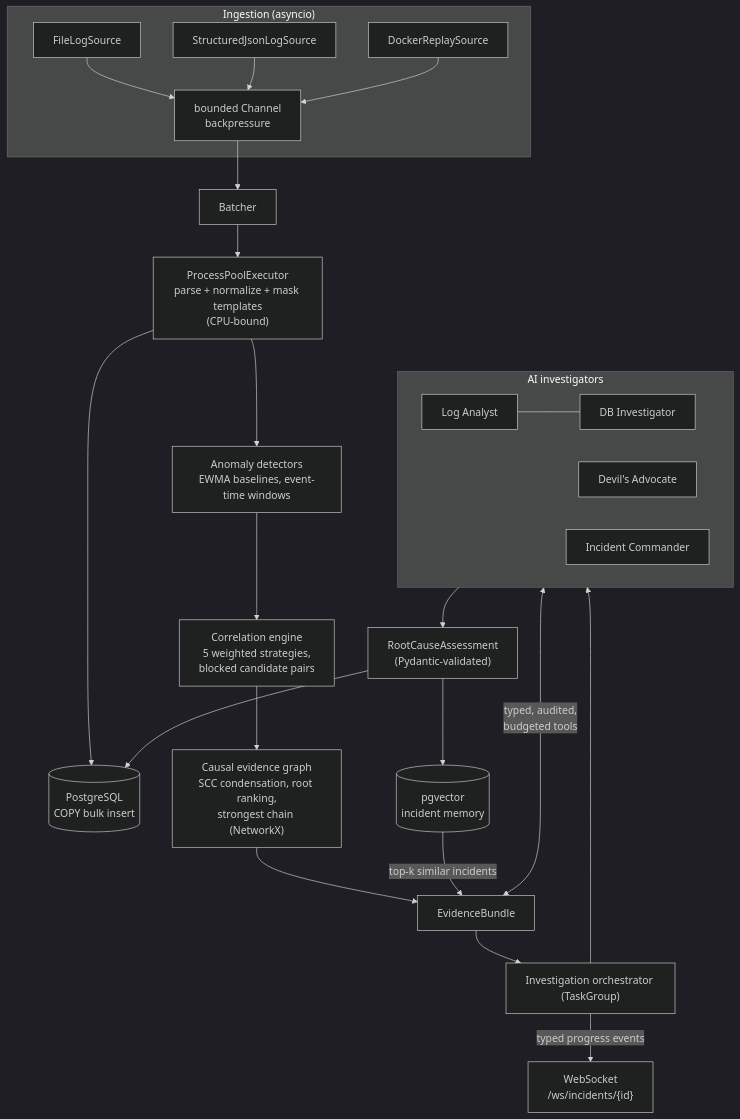
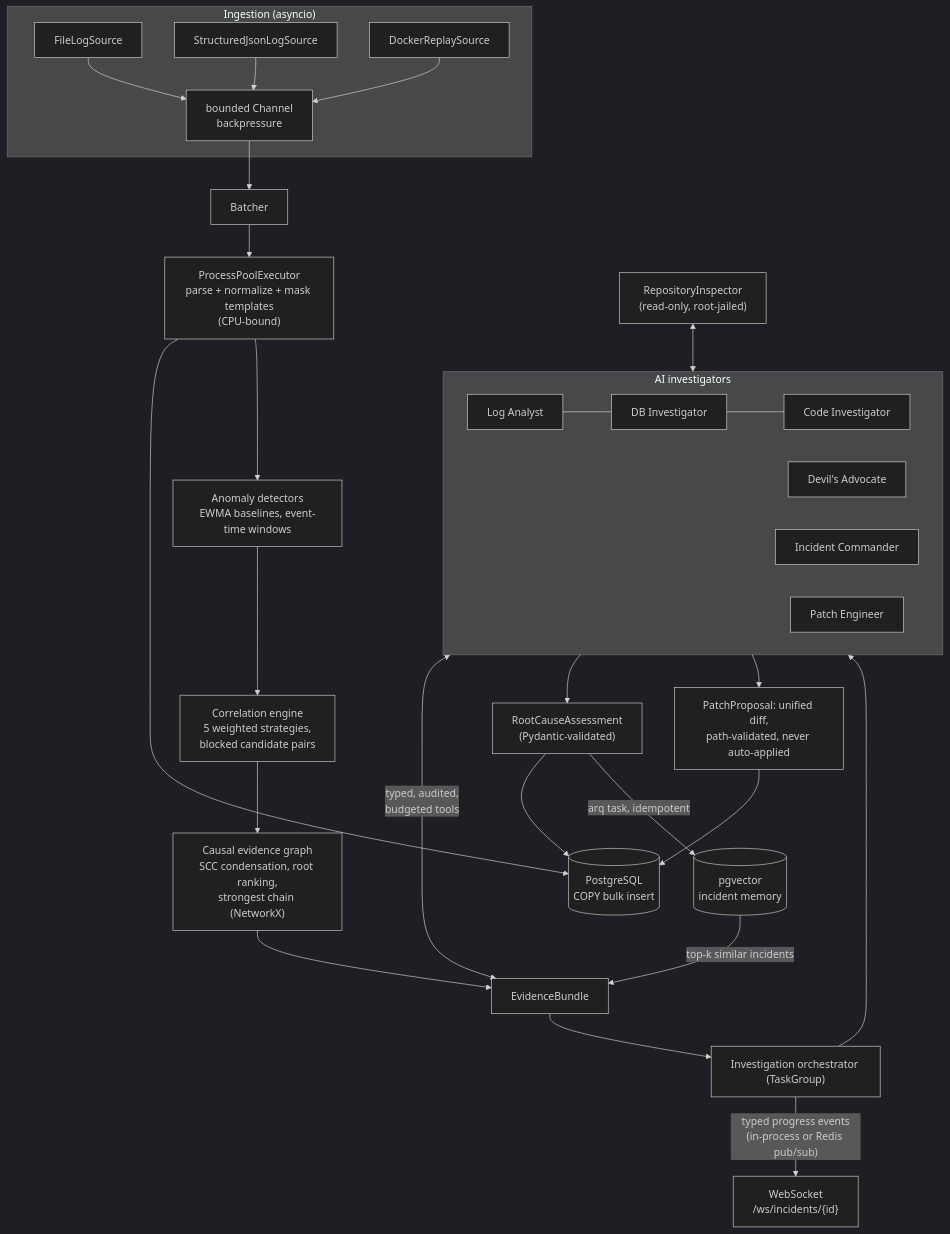
One commit to domcolelak/aegis-ai changed the diagram in README.md. Above: the diagram before and after it, drawn with Mermaid (dark theme). The commit also changed other lines of this file and 2 other files, not shown here.

First line of the commit message:
docs: README for phases 2-3, re-recorded demo ending with the patch proposal

````diff
--- a/README.md
+++ b/README.md
@@ -22,29 +22,33 @@
 ```mermaid
 flowchart TB
     subgraph ingest["Ingestion (asyncio)"]
         S1[FileLogSource] --> CH
         S2[StructuredJsonLogSource] --> CH
         S3[DockerReplaySource] --> CH
         CH[bounded Channel<br/>backpressure]
     end
     CH --> B[Batcher]
     B --> PP["ProcessPoolExecutor<br/>parse + normalize + mask templates<br/>(CPU-bound)"]
     PP --> PG[(PostgreSQL<br/>COPY bulk insert)]
     PP --> DET["Anomaly detectors<br/>EWMA baselines, event-time windows"]
     DET --> COR["Correlation engine<br/>5 weighted strategies,<br/>blocked candidate pairs"]
     COR --> G["Causal evidence graph<br/>SCC condensation, root ranking,<br/>strongest chain (NetworkX)"]
     G --> EV[EvidenceBundle]
     MEM[(pgvector<br/>incident memory)] -->|top-k similar incidents| EV
     EV --> ORCH["Investigation orchestrator (TaskGroup)"]
     subgraph agents["AI investigators"]
-        LA[Log Analyst] --- DB[DB Investigator]
+        LA[Log Analyst] --- DB[DB Investigator] --- CI2[Code Investigator]
         DA[Devil's Advocate]
         IC[Incident Commander]
+        PE[Patch Engineer]
     end
+    REPO["RepositoryInspector<br/>(read-only, root-jailed)"] <--> agents
     ORCH --> agents
     agents <-->|"typed, audited,<br/>budgeted tools"| EV
     agents --> RCA["RootCauseAssessment<br/>(Pydantic-validated)"]
+    agents --> PATCH["PatchProposal: unified diff,<br/>path-validated, never auto-applied"]
     RCA --> PG
-    RCA --> MEM
-    ORCH -->|typed progress events| WS["WebSocket<br/>/ws/incidents/{id}"]
+    PATCH --> PG
+    RCA -->|arq task, idempotent| MEM
+    ORCH -->|"typed progress events<br/>(in-process or Redis pub/sub)"| WS["WebSocket<br/>/ws/incidents/{id}"]
 ```
````
